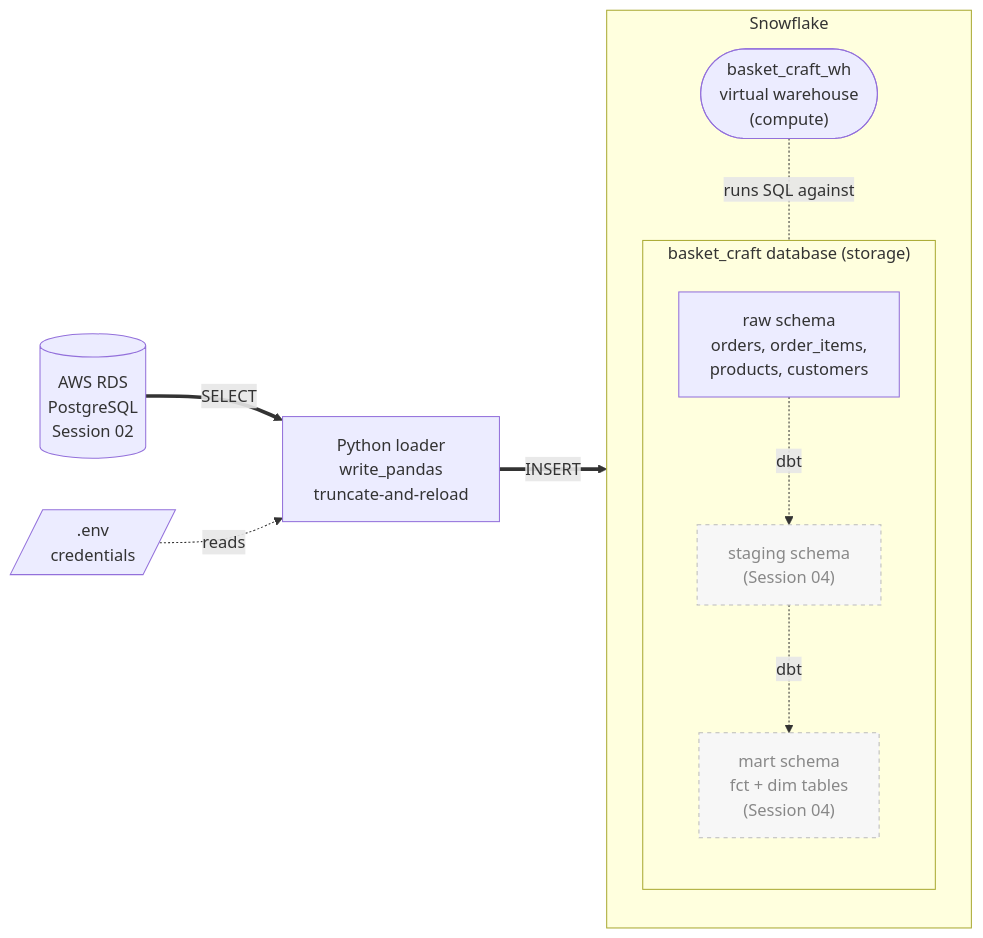
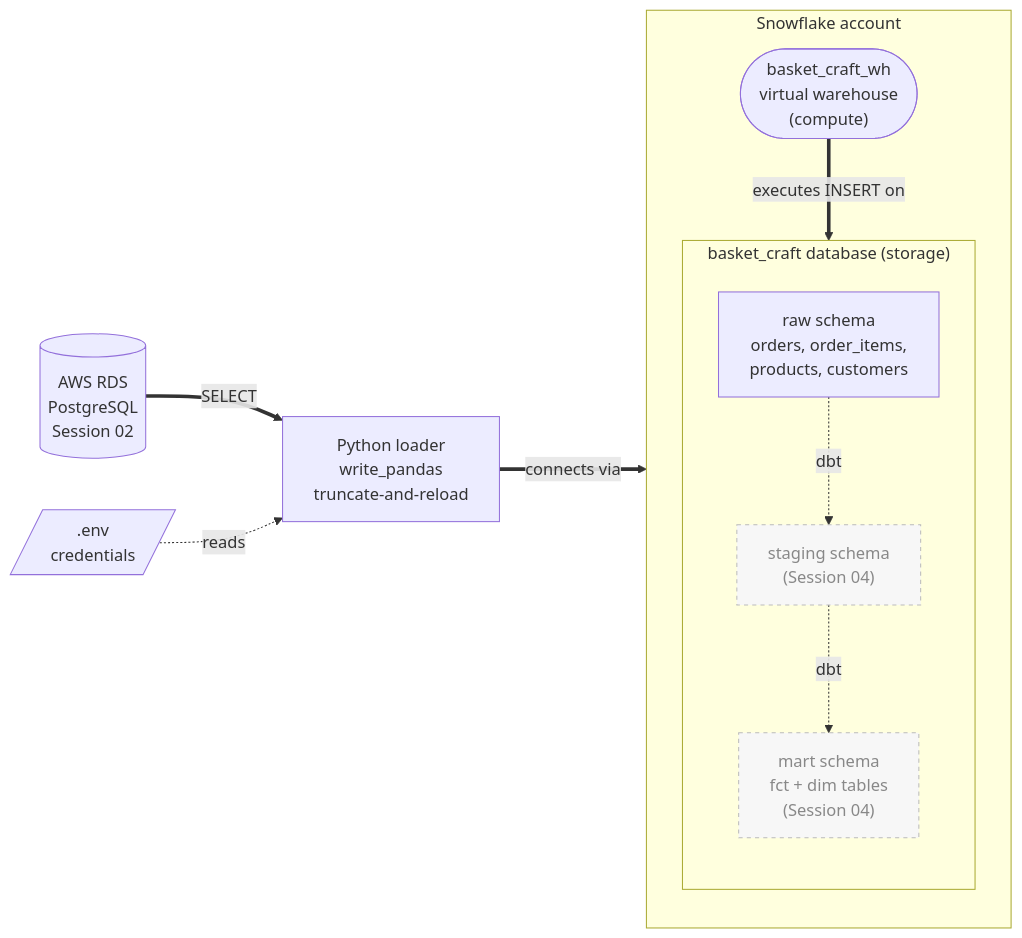
The third of 3 diagrams in lessons/07-cloud-pipeline/mp02-tutorial.md (LMU-ISBA/isba-4715-f26), drawn with Mermaid before and after one commit. The commit also changed other lines of this file, not shown here.

Commit message:
MP02 Session 03: rework diagram hierarchy, drop brainstorm timebox, consolidate account-id lookup, justify official package choice, remove troubleshooting

````diff
--- a/lessons/07-cloud-pipeline/mp02-tutorial.md
+++ b/lessons/07-cloud-pipeline/mp02-tutorial.md
@@ -806,27 +806,27 @@
 ```mermaid
 flowchart LR
     RDS[("AWS RDS<br/>PostgreSQL<br/>Session 02")]
     PY["Python loader<br/>write_pandas<br/>truncate-and-reload"]
     ENV[/".env<br/>credentials"/]
 
-    subgraph SF["Snowflake"]
+    subgraph ACCT["Snowflake account"]
         direction TB
         WH(["basket_craft_wh<br/>virtual warehouse<br/>(compute)"])
         subgraph DB["basket_craft database (storage)"]
             direction TB
             RAW["raw schema<br/>orders, order_items,<br/>products, customers"]
             STG["staging schema<br/>(Session 04)"]
             MART["mart schema<br/>fct + dim tables<br/>(Session 04)"]
             RAW -. dbt .-> STG
             STG -. dbt .-> MART
         end
-        WH -. runs SQL against .- DB
+        WH ==>|executes INSERT on| RAW
     end
 
     RDS ==>|SELECT| PY
-    PY ==>|INSERT| RAW
+    PY ==>|connects via| WH
     ENV -. reads .-> PY
 
     classDef future fill:#f7f7f7,stroke:#bbb,stroke-dasharray: 4 4,color:#888
     class STG,MART future
 ```
````
